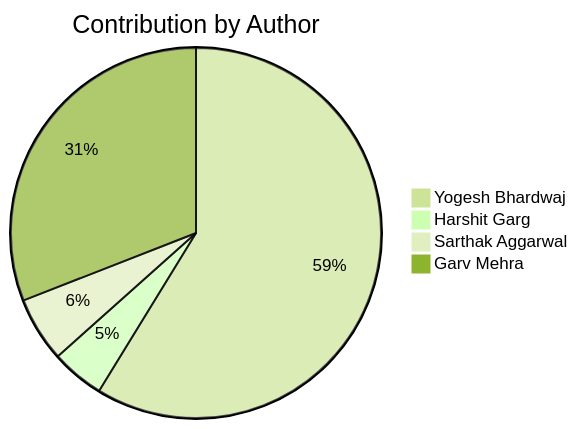
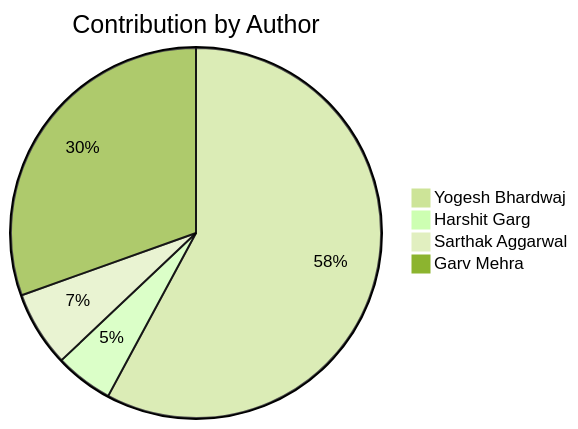
The second of 2 diagrams in README.md (Yogesh-Bhardwaj-hue/Scm-Final_2.0), drawn with Mermaid (forest theme) before and after one commit. The commit also changed other lines of this file, not shown here.

Commit message:
Update contribution charts

````diff
--- a/README.md
+++ b/README.md
@@ -192,7 +192,7 @@
 ```mermaid
 pie title Contribution by Author
     "Yogesh Bhardwaj": 114
-    "Harshit Garg": 9
-    "Sarthak Aggarwal": 11
+    "Harshit Garg": 10
+    "Sarthak Aggarwal": 13
     "Garv Mehra": 60
 ```
````
